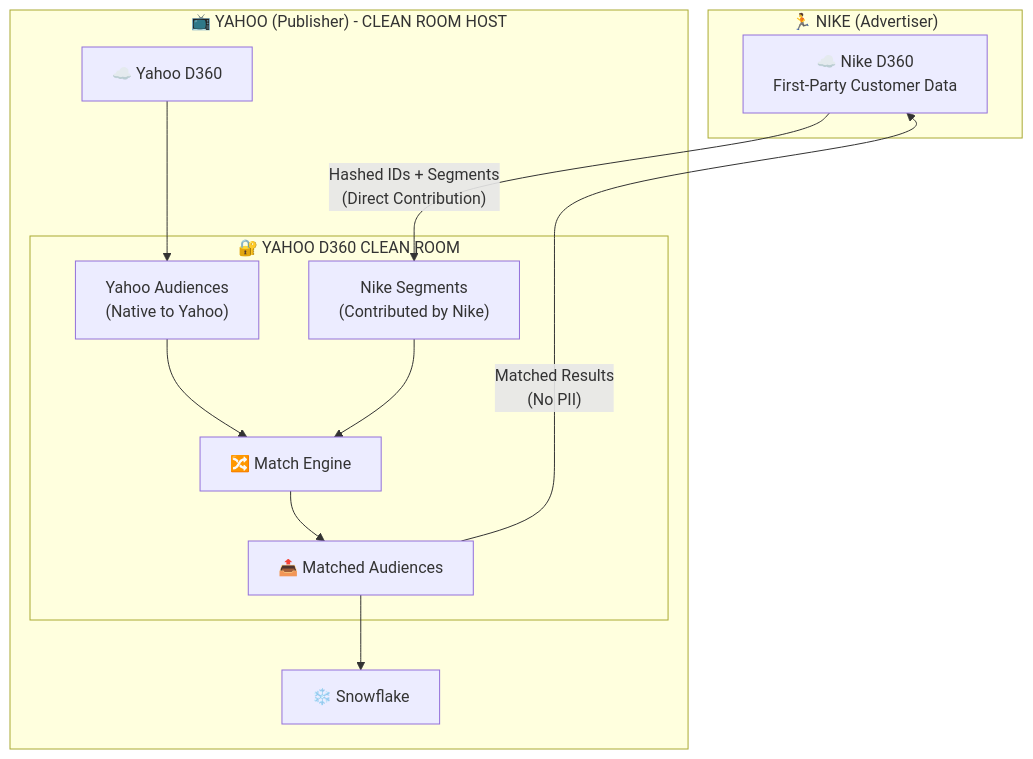
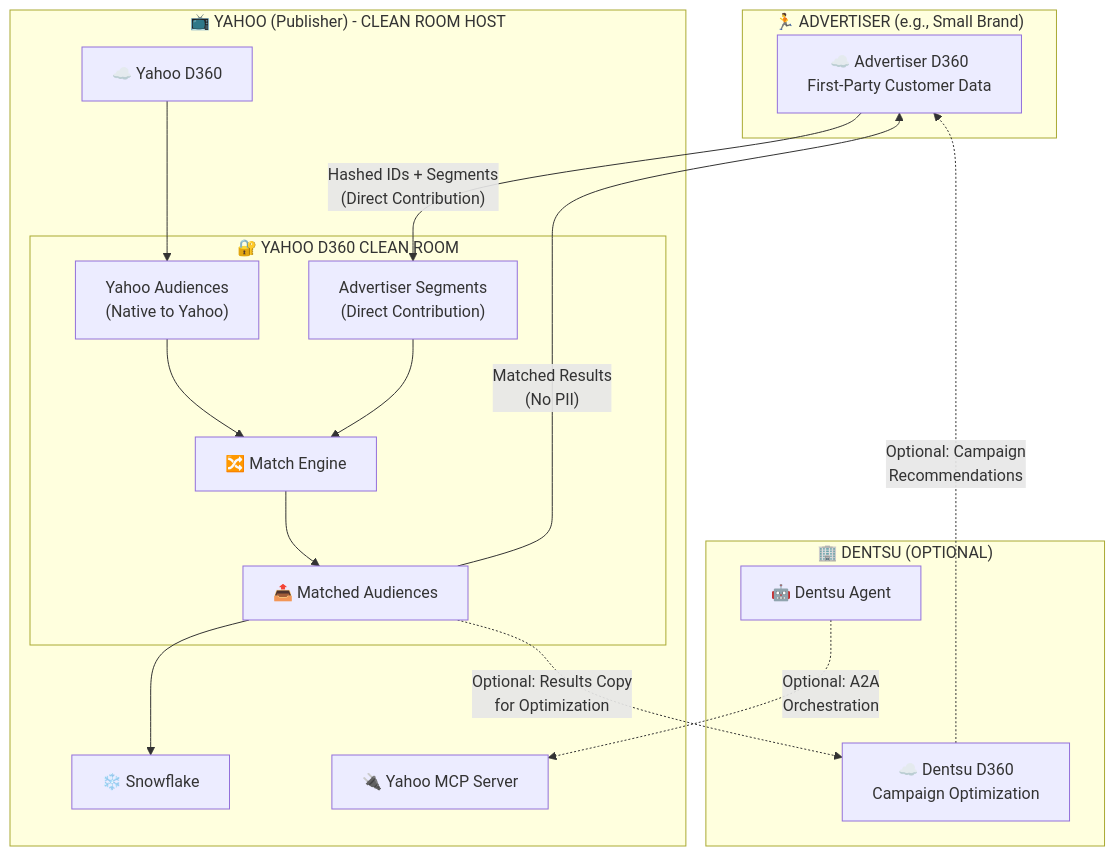
Before and after one commit to arupsarkar-sfdc/admcp-media-app: the fourth of 8 diagrams in DENTSU_YAHOO_NIKE_ARCHITECTURE.md, drawn with Mermaid. The commit also changed other lines of this file, not shown here.

````diff
--- a/DENTSU_YAHOO_NIKE_ARCHITECTURE.md
+++ b/DENTSU_YAHOO_NIKE_ARCHITECTURE.md
@@ -219,27 +219,38 @@
 ```mermaid
 flowchart TB
-    subgraph NIKE["🏃 NIKE (Advertiser)"]
-        NikeDC["☁️ Nike D360<br/>First-Party Customer Data"]
+    subgraph ADVERTISER["🏃 ADVERTISER (e.g., Small Brand)"]
+        AdvDC["☁️ Advertiser D360<br/>First-Party Customer Data"]
+    end
+
+    subgraph DENTSU["🏢 DENTSU (OPTIONAL)"]
+        DentsuDC["☁️ Dentsu D360<br/>Campaign Optimization"]
+        DentsuAgent["🤖 Dentsu Agent"]
     end
 
     subgraph YAHOO["📺 YAHOO (Publisher) - CLEAN ROOM HOST"]
         YahooDC["☁️ Yahoo D360"]
         
         subgraph CLEANROOM["🔐 YAHOO D360 CLEAN ROOM"]
-            CR1["Nike Segments<br/>(Contributed by Nike)"]
+            CR1["Advertiser Segments<br/>(Direct Contribution)"]
             CR2["Yahoo Audiences<br/>(Native to Yahoo)"]
             CR3["🔀 Match Engine"]
             CR4["📤 Matched Audiences"]
         end
         
         YahooSnowflake["❄️ Snowflake"]
+        YahooMCP["🔌 Yahoo MCP Server"]
     end
 
-    NikeDC -->|"Hashed IDs + Segments<br/>(Direct Contribution)"| CR1
+    AdvDC -->|"Hashed IDs + Segments<br/>(Direct Contribution)"| CR1
     YahooDC --> CR2
     CR1 --> CR3
     CR2 --> CR3
     CR3 --> CR4
-    CR4 -->|"Matched Results<br/>(No PII)"| NikeDC
+    CR4 -->|"Matched Results<br/>(No PII)"| AdvDC
     CR4 --> YahooSnowflake
+    
+    %% Dentsu is OPTIONAL - dotted lines
+    CR4 -.->|"Optional: Results Copy<br/>for Optimization"| DentsuDC
+    DentsuDC -.->|"Optional: Campaign<br/>Recommendations"| AdvDC
+    DentsuAgent -.->|"Optional: A2A<br/>Orchestration"| YahooMCP
 ```
````
